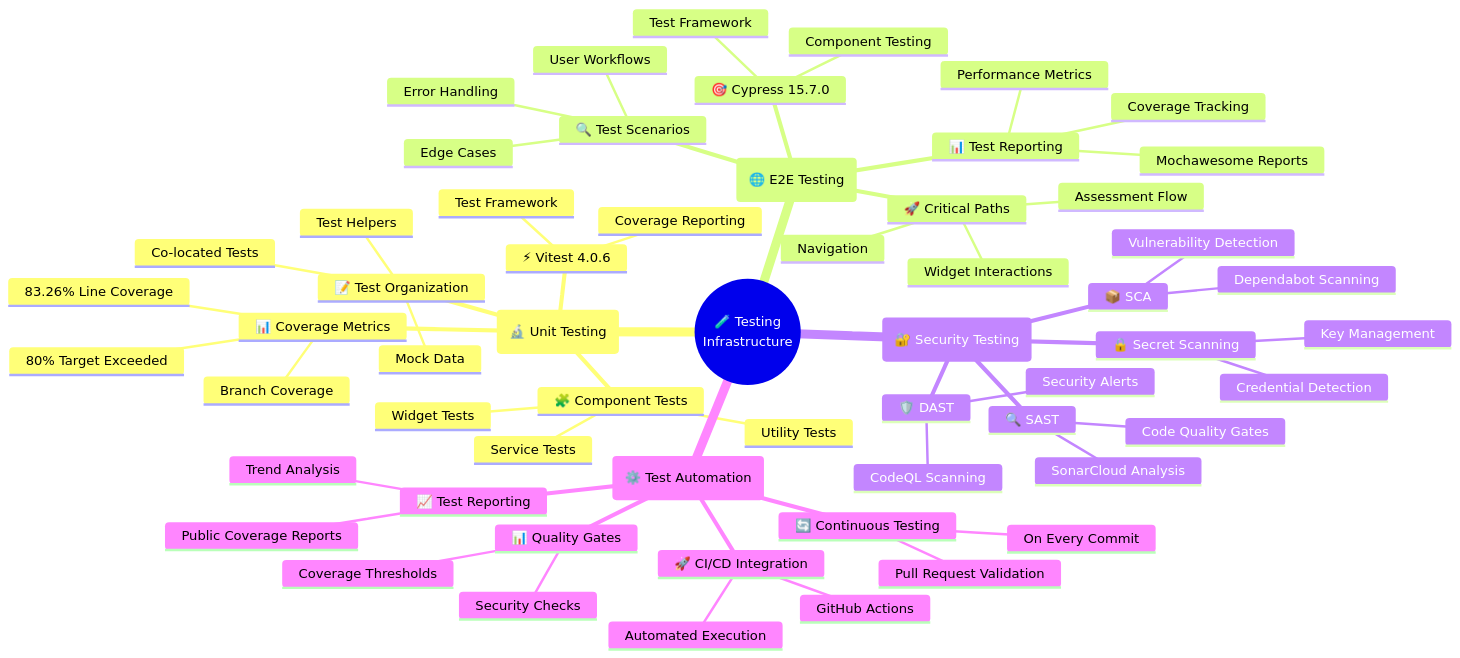
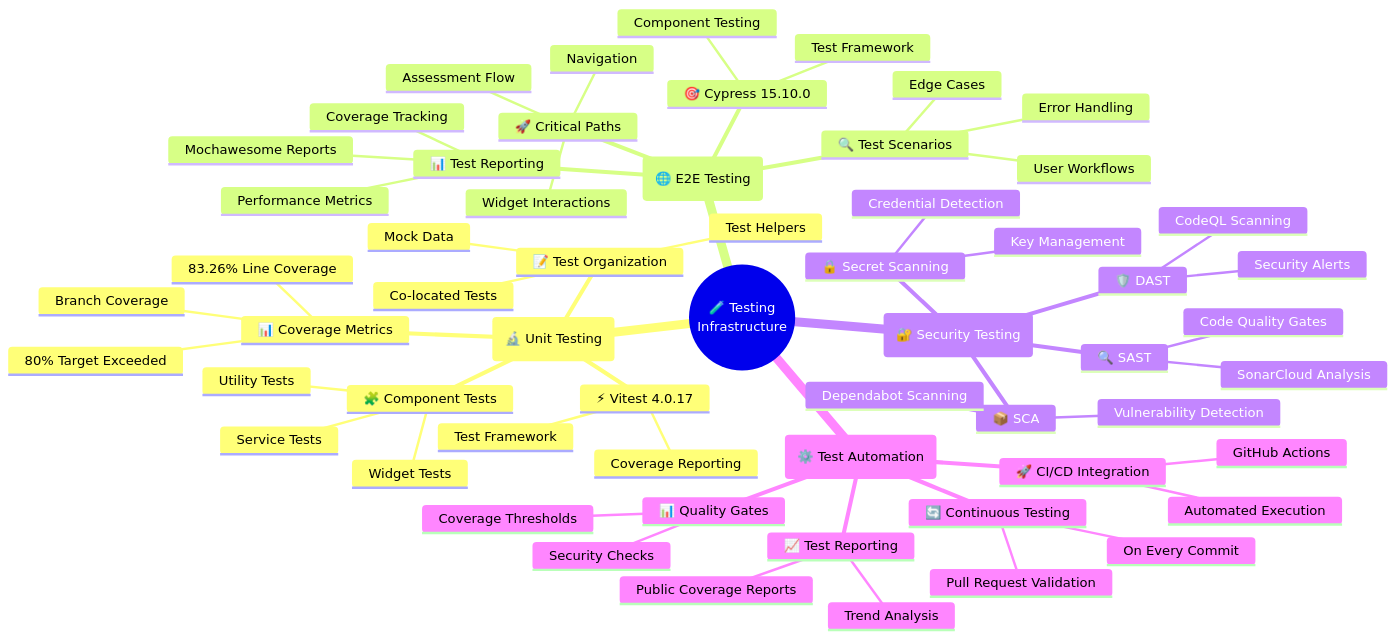
One commit to Hack23/cia-compliance-manager changed the fifth of 13 diagrams in docs/architecture/MINDMAP.md. Above: the diagram before and after it, drawn with Mermaid. The commit also changed other lines of this file and 9 other files, not shown here.

First line of the commit message:
docs: update architecture documents to accurately reflect current system (#974)

````diff
--- a/docs/architecture/MINDMAP.md
+++ b/docs/architecture/MINDMAP.md
@@ -484,62 +484,62 @@
 ```mermaid
 mindmap
   root((🧪 Testing<br/>Infrastructure))
     (🔬 Unit Testing)
-      ⚡ Vitest 4.0.6
+      ⚡ Vitest 4.0.17
         Test Framework
         Coverage Reporting
       📊 Coverage Metrics
         83.26% Line Coverage
         80% Target Exceeded
         Branch Coverage
       🧩 Component Tests
         Widget Tests
         Service Tests
         Utility Tests
       📝 Test Organization
         Co-located Tests
         Test Helpers
         Mock Data
     (🌐 E2E Testing)
-      🎯 Cypress 15.7.0
+      🎯 Cypress 15.10.0
         Test Framework
         Component Testing
       🚀 Critical Paths
         Assessment Flow
         Widget Interactions
         Navigation
       🔍 Test Scenarios
         User Workflows
         Error Handling
         Edge Cases
       📊 Test Reporting
         Mochawesome Reports
         Coverage Tracking
         Performance Metrics
     (🔐 Security Testing)
       🔍 SAST
         SonarCloud Analysis
         Code Quality Gates
       📦 SCA
         Dependabot Scanning
         Vulnerability Detection
       🛡️ DAST
         CodeQL Scanning
         Security Alerts
       🔒 Secret Scanning
         Credential Detection
         Key Management
     (⚙️ Test Automation)
       🚀 CI/CD Integration
         GitHub Actions
         Automated Execution
       📊 Quality Gates
         Coverage Thresholds
         Security Checks
       🔄 Continuous Testing
         On Every Commit
         Pull Request Validation
       📈 Test Reporting
         Public Coverage Reports
         Trend Analysis
 ```
````
